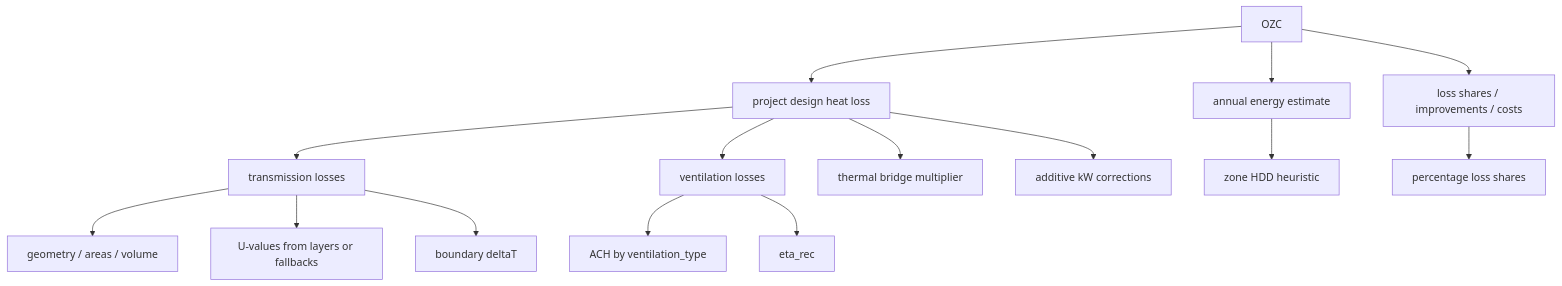
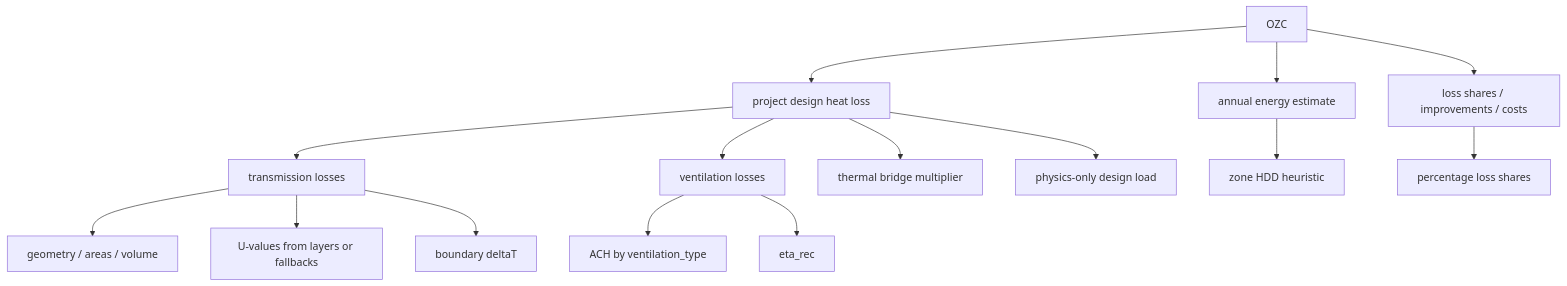
The first of 3 diagrams in docs/architecture/engine-graphs/ozc.graph.md (pixrepton/kalk-top), drawn with Mermaid before and after one commit. The commit also changed other lines of this file and 30 other files, not shown here.

First line of the commit message:
docs: prune stale agent docs and sync architecture notes

````diff
--- a/docs/architecture/engine-graphs/ozc.graph.md
+++ b/docs/architecture/engine-graphs/ozc.graph.md
@@ -11,17 +12,17 @@
 ```mermaid
 flowchart TD
   OZC[OZC] --> DesignLoad[project design heat loss]
   OZC --> AnnualEnergy[annual energy estimate]
   OZC --> Explainability[loss shares / improvements / costs]
   DesignLoad --> Transmission[transmission losses]
   DesignLoad --> Ventilation[ventilation losses]
   DesignLoad --> Bridges[thermal bridge multiplier]
-  DesignLoad --> Additive[additive kW corrections]
+  DesignLoad --> PhysicsOnly[physics-only design load]
   Transmission --> Geometry[geometry / areas / volume]
   Transmission --> UValues[U-values from layers or fallbacks]
   Transmission --> BoundaryDT[boundary deltaT]
   Ventilation --> ACH[ACH by ventilation_type]
   Ventilation --> Recovery[eta_rec]
   AnnualEnergy --> HDD[zone HDD heuristic]
   Explainability --> EnergyLosses[percentage loss shares]
 ```
````
